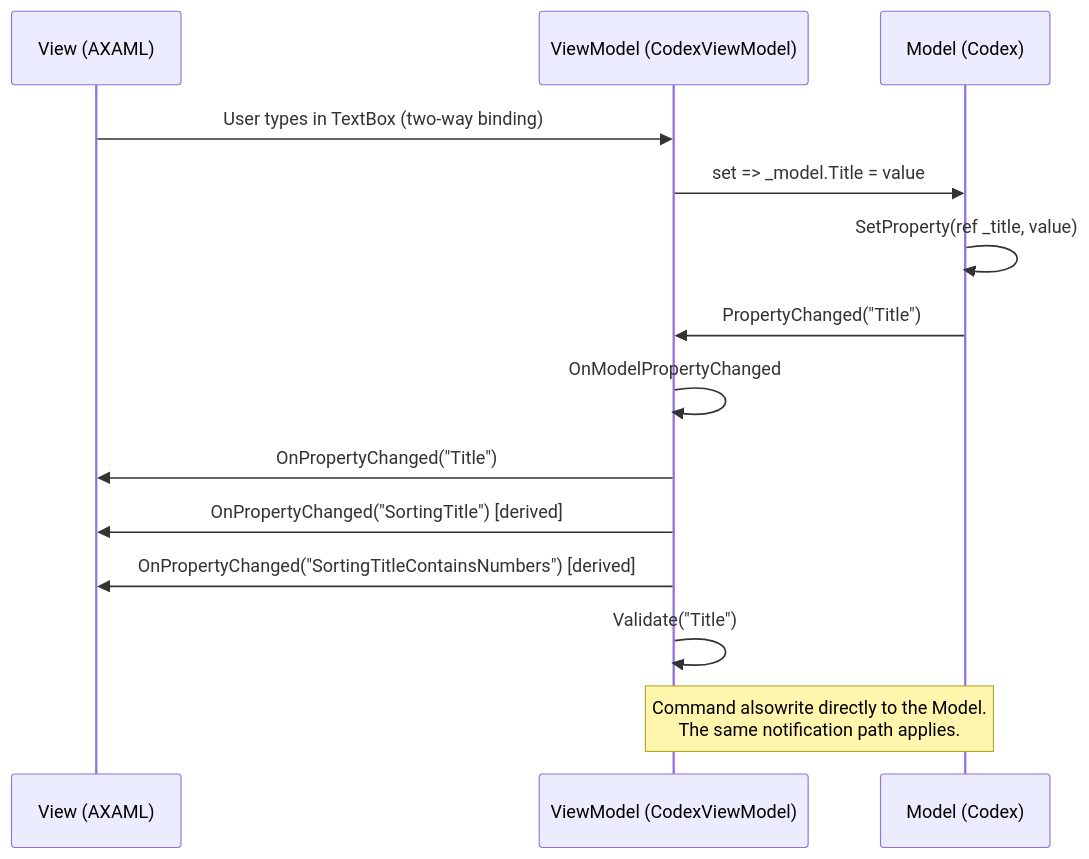
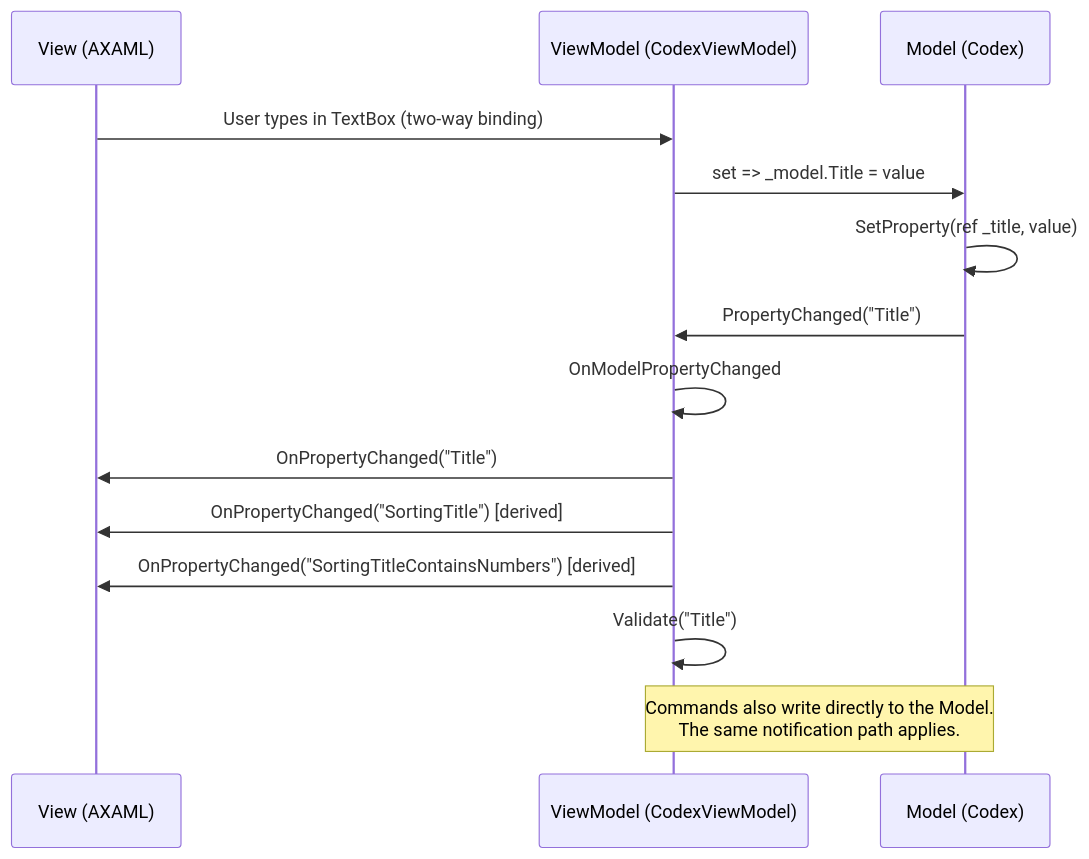
One commit to DSPaul/COMPASS changed the diagram in Docs/MVVM.md. Above: the diagram before and after it, drawn with Mermaid. The commit also changed other lines of this file and 4 other files, not shown here.

````diff
--- a/Docs/MVVM.md
+++ b/Docs/MVVM.md
@@ -80,18 +39,18 @@
 ```mermaid
 sequenceDiagram
     participant View as View (AXAML)
     participant VM as ViewModel (CodexViewModel)
     participant Model as Model (Codex)
 
     View->>VM: User types in TextBox (two-way binding)
     VM->>Model: set => _model.Title = value
     Model->>Model: SetProperty(ref _title, value)
     Model->>VM: PropertyChanged("Title")
     VM->>VM: OnModelPropertyChanged
     VM->>View: OnPropertyChanged("Title")
     VM->>View: OnPropertyChanged("SortingTitle") [derived]
     VM->>View: OnPropertyChanged("SortingTitleContainsNumbers") [derived]
     VM->>VM: Validate("Title")
 
-    Note over VM,Model: Command alsowrite directly to the Model.<br/>The same notification path applies.
+    Note over VM,Model: Commands also write directly to the Model.<br/>The same notification path applies.
 ```
````
